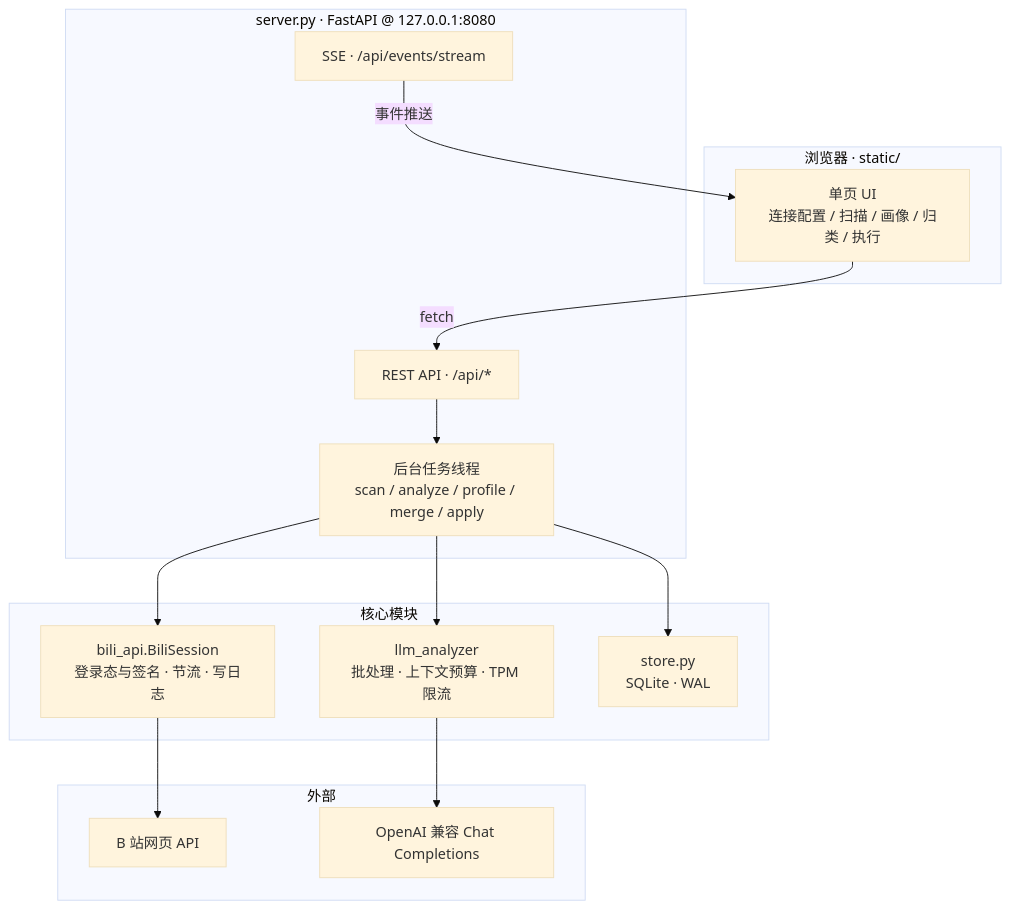
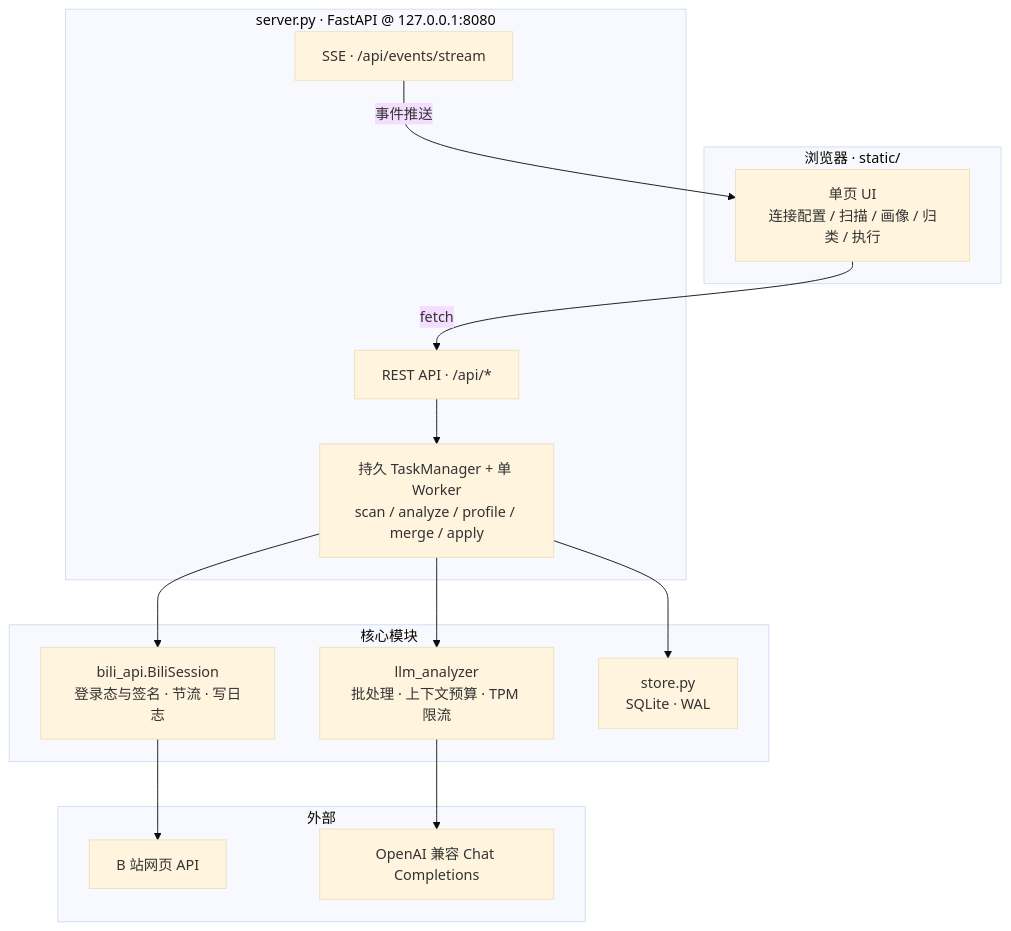
One commit to Martin-soaring-dev/bili-fav-organizer changed the first of 2 diagrams in docs/project-overview.md. Above: the diagram before and after it, drawn with Mermaid (base theme). The commit also changed other lines of this file and 12 other files, not shown here.

````diff
--- a/docs/project-overview.md
+++ b/docs/project-overview.md
@@ -57,32 +62,32 @@
 ```mermaid
 flowchart TB
     subgraph Browser["浏览器 · static/"]
         UI["单页 UI<br/>连接配置 / 扫描 / 画像 / 归类 / 执行"]
     end
 
     subgraph Server["server.py · FastAPI @ 127.0.0.1:8080"]
         API["REST API · /api/*"]
         SSE["SSE · /api/events/stream"]
-        Jobs["后台任务线程<br/>scan / analyze / profile / merge / apply"]
+        Jobs["持久 TaskManager + 单 Worker<br/>scan / analyze / profile / merge / apply"]
     end
 
     subgraph Core["核心模块"]
         BA["bili_api.BiliSession<br/>登录态与签名 · 节流 · 写日志"]
         LLM["llm_analyzer<br/>批处理 · 上下文预算 · TPM 限流"]
         ST["store.py<br/>SQLite · WAL"]
     end
 
     subgraph External["外部"]
         BILI["B 站网页 API"]
         LLMAPI["OpenAI 兼容 Chat Completions"]
     end
 
     UI -->|fetch| API
     SSE -->|事件推送| UI
     API --> Jobs
     Jobs --> BA
     Jobs --> LLM
     Jobs --> ST
     BA --> BILI
     LLM --> LLMAPI
 ```
````
